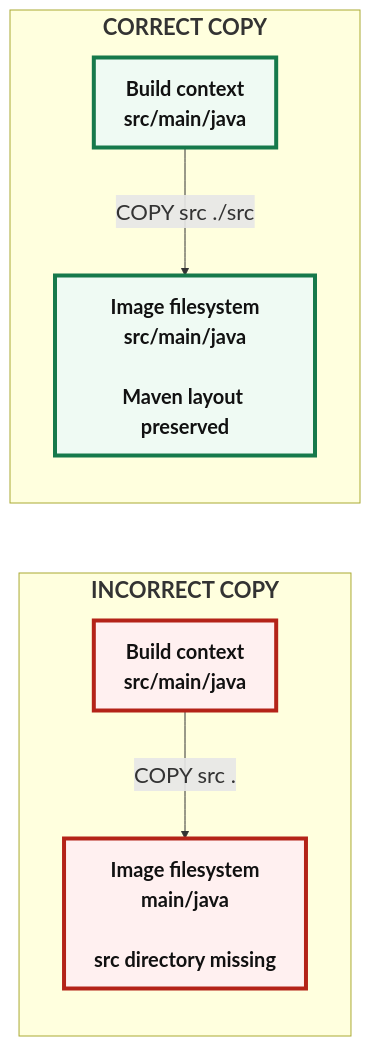
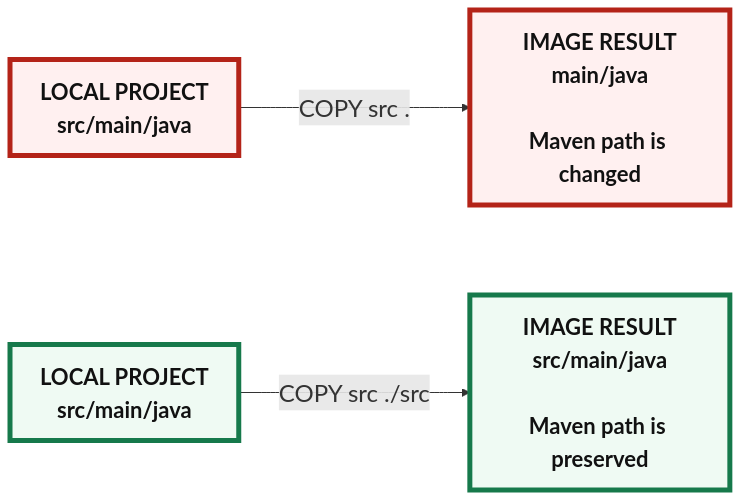
Before and after one commit to anishrana2001/Openshift: the second of 3 diagrams in DO288/V.4.18/01-02-02-docker.md, drawn with Mermaid. The commit also changed other lines of this file, not shown here.

````diff
--- a/DO288/V.4.18/01-02-02-docker.md
+++ b/DO288/V.4.18/01-02-02-docker.md
@@ -646,16 +708,12 @@
 ```mermaid
-%%{init: {"themeVariables": {"fontSize": "22px"}, "flowchart": {"htmlLabels": true, "nodeSpacing": 70, "rankSpacing": 70}}}%%
+%%{init: {"themeVariables": {"fontSize": "24px"}, "flowchart": {"htmlLabels": true, "nodeSpacing": 90, "rankSpacing": 80}}}%%
 flowchart LR
-    subgraph BAD["<b>INCORRECT COPY</b>"]
-        A["<b>Build context</b><br/>src/main/java"] -->|"COPY src ."| B["<b>Image filesystem</b><br/>main/java<br/><br/>src directory missing"]
-    end
+    A["<b>LOCAL PROJECT</b><br/>src/main/java"] -->|"COPY src ."| B["<b>IMAGE RESULT</b><br/>main/java<br/><br/>Maven path is changed"]
 
-    subgraph GOOD["<b>CORRECT COPY</b>"]
-        C["<b>Build context</b><br/>src/main/java"] -->|"COPY src ./src"| D["<b>Image filesystem</b><br/>src/main/java<br/><br/>Maven layout preserved"]
-    end
+    C["<b>LOCAL PROJECT</b><br/>src/main/java"] -->|"COPY src ./src"| D["<b>IMAGE RESULT</b><br/>src/main/java<br/><br/>Maven path is preserved"]
 
-    classDef bad fill:#fff0f0,stroke:#b42318,stroke-width:4px,font-size:20px,font-weight:bold,color:#111;
-    classDef good fill:#effaf3,stroke:#16794b,stroke-width:4px,font-size:20px,font-weight:bold,color:#111;
-    class A,B bad;
-    class C,D good;
+    classDef wrong fill:#fff0f0,stroke:#b42318,stroke-width:5px,font-size:22px,font-weight:bold,color:#111;
+    classDef correct fill:#effaf3,stroke:#16794b,stroke-width:5px,font-size:22px,font-weight:bold,color:#111;
+    class A,B wrong;
+    class C,D correct;
 ```
````
